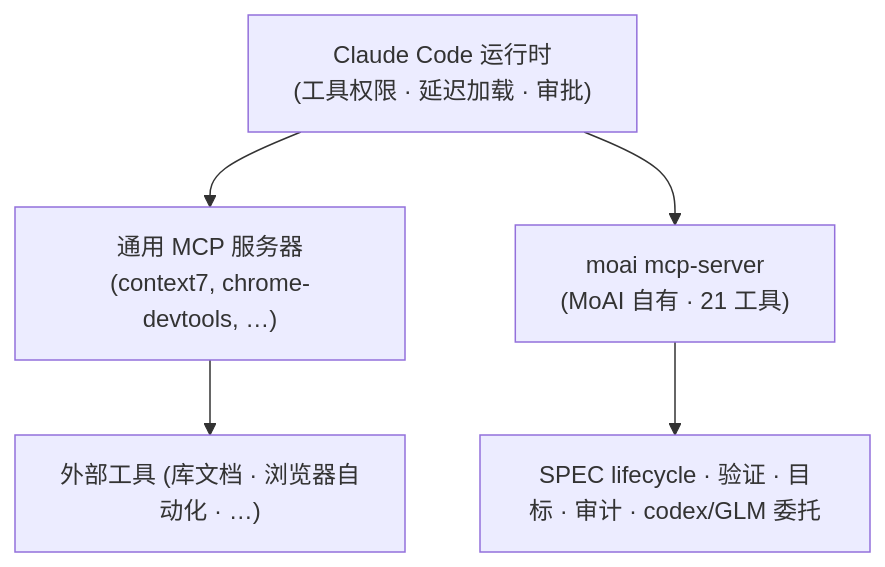
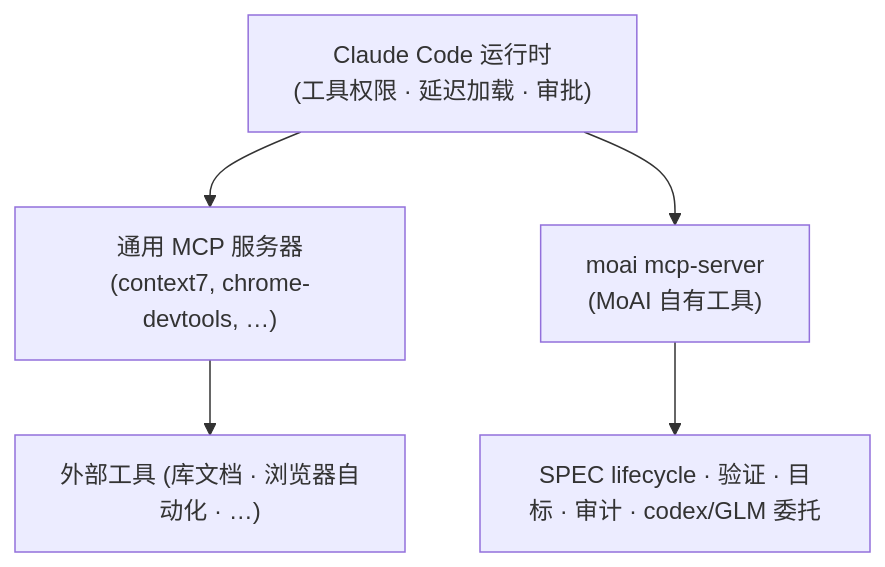
Before and after one commit to modu-ai/moai-adk: the diagram in docs-site/content/zh/guides/mcp-server.md, drawn with Mermaid. The commit also changed other lines of this file and 3 other files, not shown here.

First line of the commit message:
docs(t1173): drop hard-coded MCP tool count from mcp-server guide

````diff
--- a/docs-site/content/zh/guides/mcp-server.md
+++ b/docs-site/content/zh/guides/mcp-server.md
@@ -28,10 +28,10 @@
 ```mermaid
 flowchart TD
     CC["Claude Code 运行时<br/>(工具权限 · 延迟加载 · 审批)"]
     CMCP["通用 MCP 服务器<br/>(context7, chrome-devtools, …)"]
-    MMCP["moai mcp-server<br/>(MoAI 自有 · 21 工具)"]
+    MMCP["moai mcp-server<br/>(MoAI 自有工具)"]
     CC --> CMCP
     CC --> MMCP
     MMCP --> TOOLS["SPEC lifecycle · 验证 · 目标 · 审计 · codex/GLM 委托"]
     CMCP --> EXT["外部工具 (库文档 · 浏览器自动化 · …)"]
 ```
````
